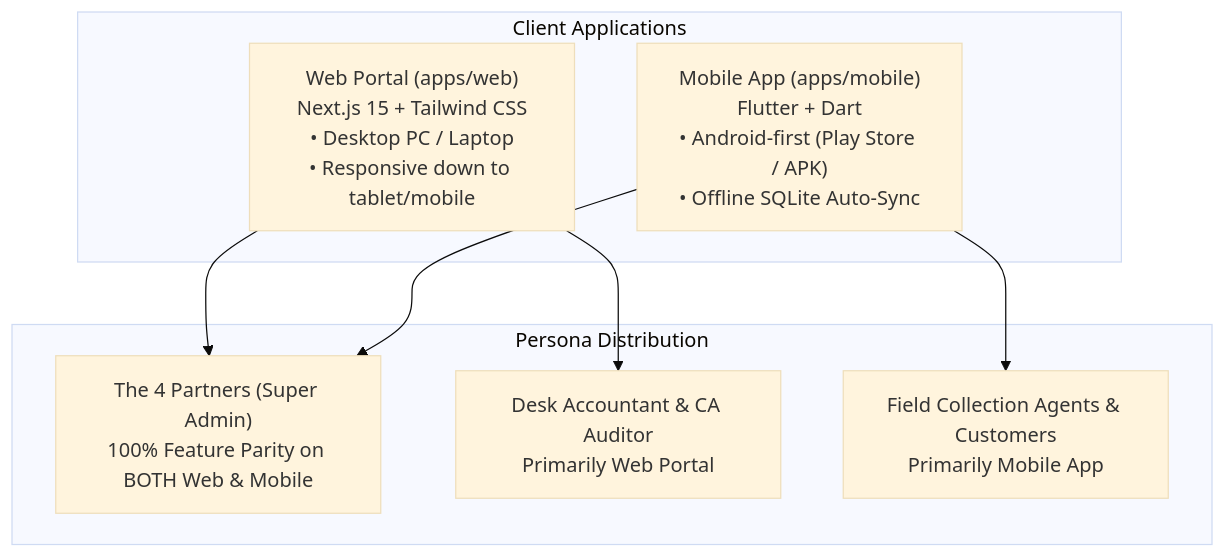
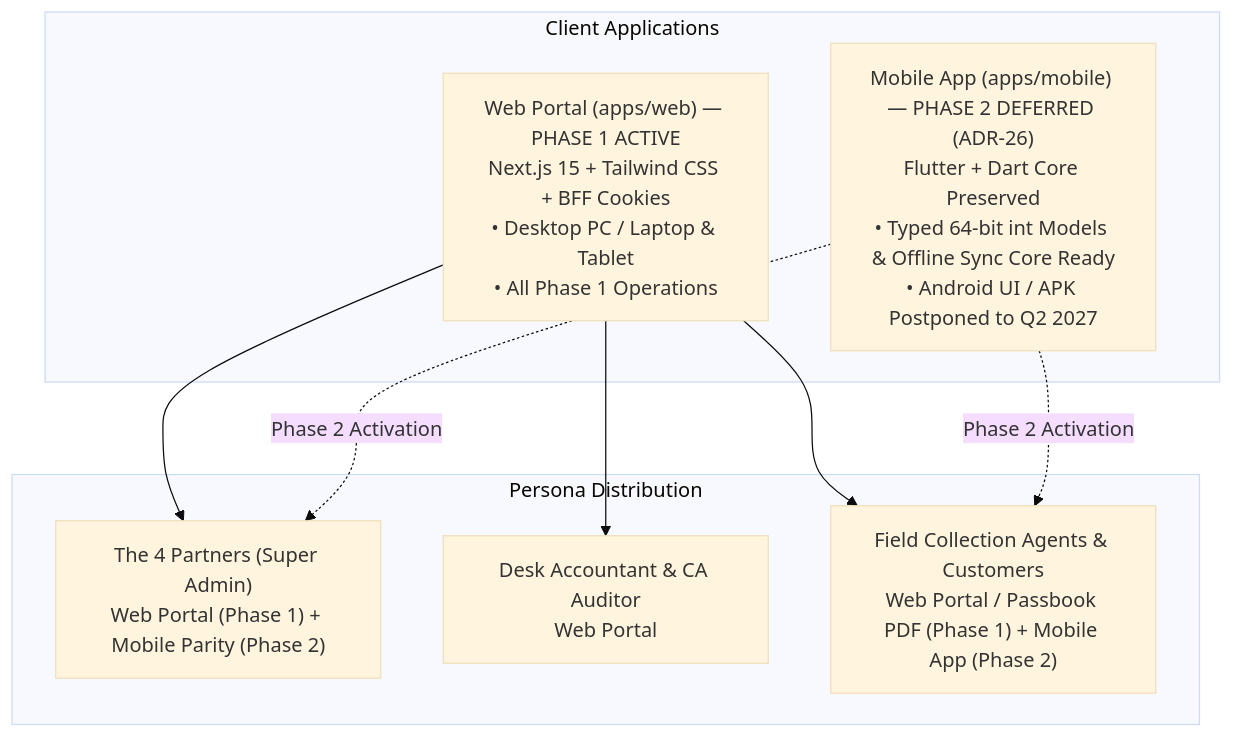
The diagram in docs/02-requirements/prd.md (Kathir-24/Kumaran-finance), drawn with Mermaid (base theme) before and after one commit. The commit also changed other lines of this file and 4 other files, not shown here.

````diff
--- a/docs/02-requirements/prd.md
+++ b/docs/02-requirements/prd.md
@@ -167,18 +166,19 @@
 ```mermaid
 flowchart TD
     subgraph Clients["Client Applications"]
-        Web["Web Portal (apps/web)\nNext.js 15 + Tailwind CSS\n• Desktop PC / Laptop\n• Responsive down to tablet/mobile"]
-        Mobile["Mobile App (apps/mobile)\nFlutter + Dart\n• Android-first (Play Store / APK)\n• Offline SQLite Auto-Sync"]
+        Web["Web Portal (apps/web) — PHASE 1 ACTIVE\nNext.js 15 + Tailwind CSS + BFF Cookies\n• Desktop PC / Laptop & Tablet\n• All Phase 1 Operations"]
+        Mobile["Mobile App (apps/mobile) — PHASE 2 DEFERRED (ADR-26)\nFlutter + Dart Core Preserved\n• Typed 64-bit int Models & Offline Sync Core Ready\n• Android UI / APK Postponed to Q2 2027"]
     end
 
     subgraph Personas["Persona Distribution"]
-        P_Partner["The 4 Partners (Super Admin)\n100% Feature Parity on BOTH Web & Mobile"]
-        P_Desk["Desk Accountant & CA Auditor\nPrimarily Web Portal"]
-        P_Field["Field Collection Agents & Customers\nPrimarily Mobile App"]
+        P_Partner["The 4 Partners (Super Admin)\nWeb Portal (Phase 1) + Mobile Parity (Phase 2)"]
+        P_Desk["Desk Accountant & CA Auditor\nWeb Portal"]
+        P_Field["Field Collection Agents & Customers\nWeb Portal / Passbook PDF (Phase 1) + Mobile App (Phase 2)"]
     end
 
     Web --> P_Partner
     Web --> P_Desk
-    Mobile --> P_Partner
-    Mobile --> P_Field
+    Web --> P_Field
+    Mobile -.->|"Phase 2 Activation"| P_Partner
+    Mobile -.->|"Phase 2 Activation"| P_Field
 ```
````
